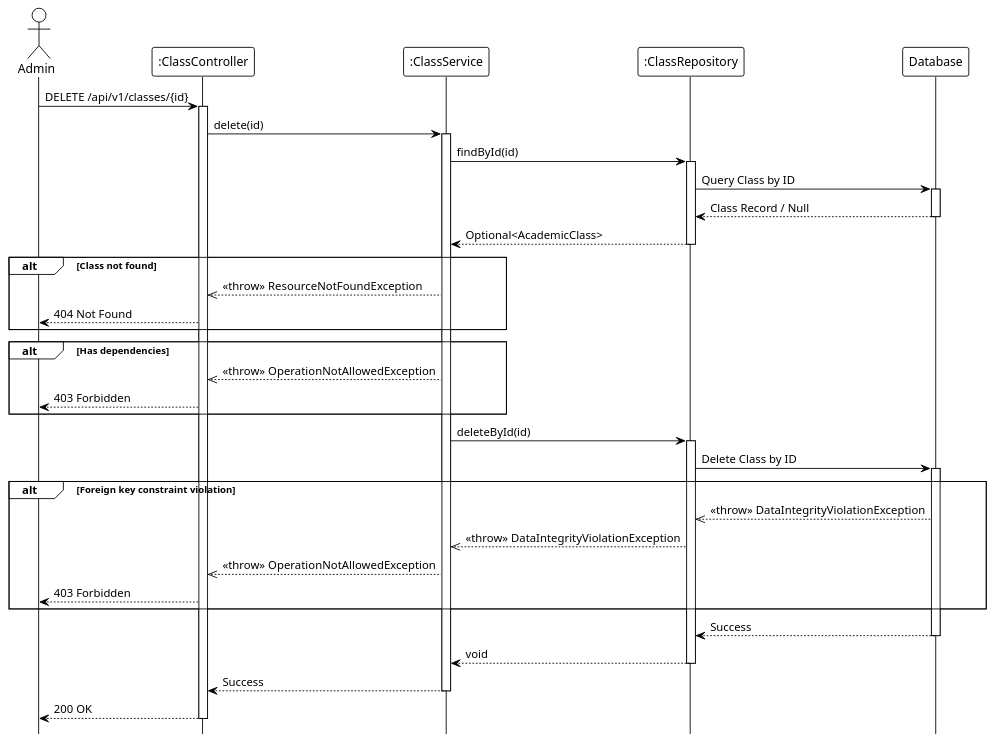
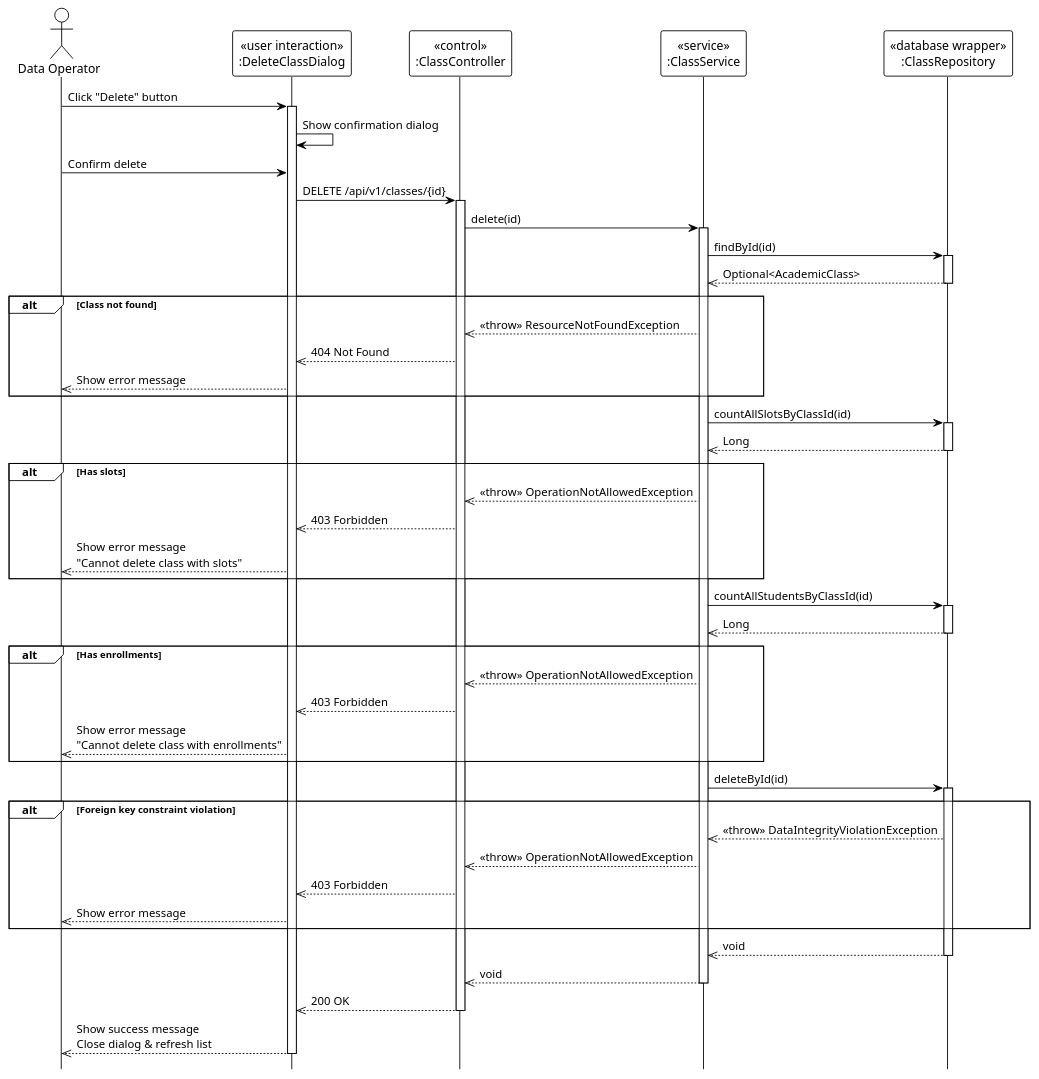
One commit to Ndh474/context changed the diagram in system_detailed_design/27_delete_class/sequence_diagram_delete_class.puml. Above: the diagram before and after it, drawn with PlantUML. The commit also changed 5 other files, not shown here.

Commit message:
docs(system_detailed_design): add UML stereotypes to class sequence diagrams

```diff
--- a/system_detailed_design/27_delete_class/sequence_diagram_delete_class.puml
+++ b/system_detailed_design/27_delete_class/sequence_diagram_delete_class.puml
@@ -1,67 +1,84 @@
 @startuml delete_class
 !theme plain
 hide footbox
 
-actor Admin
-participant ":ClassController" as Controller
-participant ":ClassService" as Service
-participant ":ClassRepository" as Repository
-participant "Database" as DB
+actor "Data Operator" as DataOperator
 
-' --- MAIN FLOW ---
-Admin -> Controller: DELETE /api/v1/classes/{id}
+participant "«user interaction»\n:DeleteClassDialog" as UI
+participant "«control»\n:ClassController" as Controller
+participant "«service»\n:ClassService" as Service
+participant "«database wrapper»\n:ClassRepository" as Repository
+
+' === MAIN FLOW ===
+DataOperator -> UI: Click "Delete" button
+activate UI
+
+UI -> UI: Show confirmation dialog
+
+DataOperator -> UI: Confirm delete
+UI -> Controller: DELETE /api/v1/classes/{id}
 activate Controller
 
 Controller -> Service: delete(id)
 activate Service
 
-' --- FIND EXISTING ---
+' === FIND EXISTING ===
 Service -> Repository: findById(id)
 activate Repository
-
-Repository -> DB: Query Class by ID
-activate DB
-DB --> Repository: Class Record / Null
-deactivate DB
-
-Repository --> Service: Optional<AcademicClass>
+Repository -->> Service: Optional<AcademicClass>
 deactivate Repository
 
 alt Class not found
     Service -->> Controller: <<throw>> ResourceNotFoundException
-    Controller --> Admin: 404 Not Found
+    Controller -->> UI: 404 Not Found
+    UI -->> DataOperator: Show error message
 end
 
-' Validation logic (internal: check slots/students count)
+' === CHECK SLOTS ===
+Service -> Repository: countAllSlotsByClassId(id)
+activate Repository
+Repository -->> Service: Long
+deactivate Repository
 
-alt Has dependencies
+alt Has slots
     Service -->> Controller: <<throw>> OperationNotAllowedException
-    Controller --> Admin: 403 Forbidden
+    Controller -->> UI: 403 Forbidden
+    UI -->> DataOperator: Show error message\n"Cannot delete class with slots"
 end
 
+' === CHECK ENROLLMENTS ===
+Service -> Repository: countAllStudentsByClassId(id)
+activate Repository
+Repository -->> Service: Long
+deactivate Repository
+
+alt Has enrollments
+    Service -->> Controller: <<throw>> OperationNotAllowedException
+    Controller -->> UI: 403 Forbidden
+    UI -->> DataOperator: Show error message\n"Cannot delete class with enrollments"
+end
+
+' === DELETE OPERATION ===
 Service -> Repository: deleteById(id)
 activate Repository
 
-Repository -> DB: Delete Class by ID
-activate DB
-
 alt Foreign key constraint violation
-    DB -->> Repository: <<throw>> DataIntegrityViolationException
     Repository -->> Service: <<throw>> DataIntegrityViolationException
     Service -->> Controller: <<throw>> OperationNotAllowedException
-    Controller --> Admin: 403 Forbidden
+    Controller -->> UI: 403 Forbidden
+    UI -->> DataOperator: Show error message
 end
 
-DB --> Repository: Success
-deactivate DB
-
-Repository --> Service: void
+Repository -->> Service: void
 deactivate Repository
 
-Service --> Controller: Success
+Service -->> Controller: void
 deactivate Service
 
-Controller --> Admin: 200 OK
+Controller -->> UI: 200 OK
 deactivate Controller
 
+UI -->> DataOperator: Show success message\nClose dialog & refresh list
+deactivate UI
+
 @enduml
```
